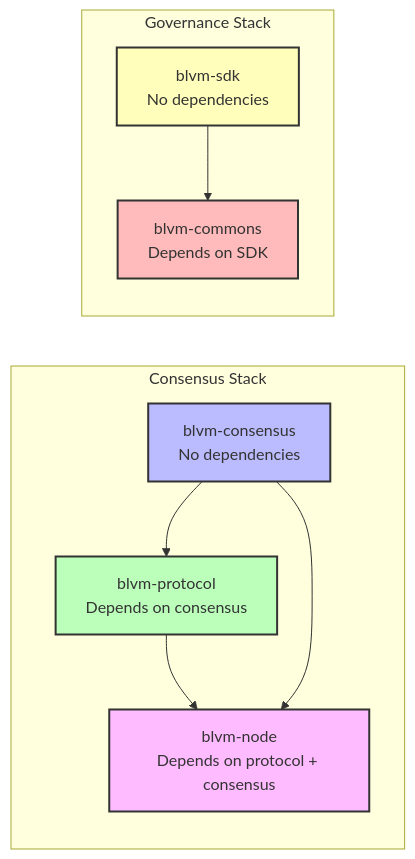
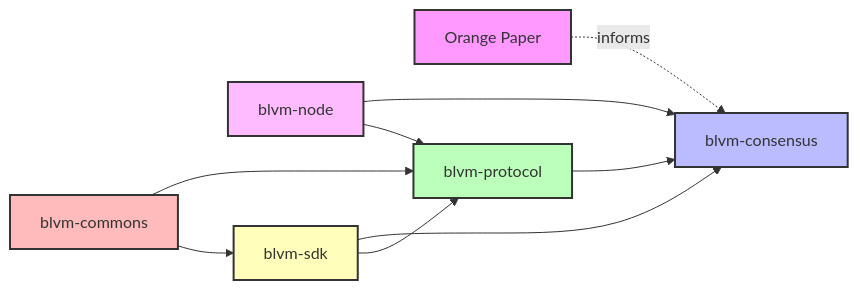
Before and after one commit to BTCDecoded/blvm-docs: the diagram in src/architecture/component-relationships.md, drawn with Mermaid. The commit also changed other lines of this file and 50 other files, not shown here.

````diff
--- a/src/architecture/component-relationships.md
+++ b/src/architecture/component-relationships.md
@@ -7,25 +9,25 @@
 ```mermaid
-graph LR
-    subgraph "Consensus Stack"
-        C[blvm-consensus<br/>No dependencies]
-        P[blvm-protocol<br/>Depends on consensus]
-        N[blvm-node<br/>Depends on protocol + consensus]
-        
-        C --> P
-        P --> N
-        C --> N
-    end
-    
-    subgraph "Governance Stack"
-        S[blvm-sdk<br/>No dependencies]
-        G[blvm-commons<br/>Depends on SDK]
-        
-        S --> G
-    end
-    
+flowchart LR
+    OP[Orange Paper]
+    C[blvm-consensus]
+    P[blvm-protocol]
+    N[blvm-node]
+    S[blvm-sdk]
+    G[blvm-commons]
+
+    OP -.->|informs| C
+    P --> C
+    N --> P
+    N --> C
+    S --> P
+    S --> C
+    G --> S
+    G --> P
+
+    style OP fill:#f9f,stroke:#333,stroke-width:2px
     style C fill:#bbf,stroke:#333,stroke-width:2px
     style P fill:#bfb,stroke:#333,stroke-width:2px
     style N fill:#fbf,stroke:#333,stroke-width:2px
     style S fill:#ffb,stroke:#333,stroke-width:2px
     style G fill:#fbb,stroke:#333,stroke-width:2px
 ```
````
